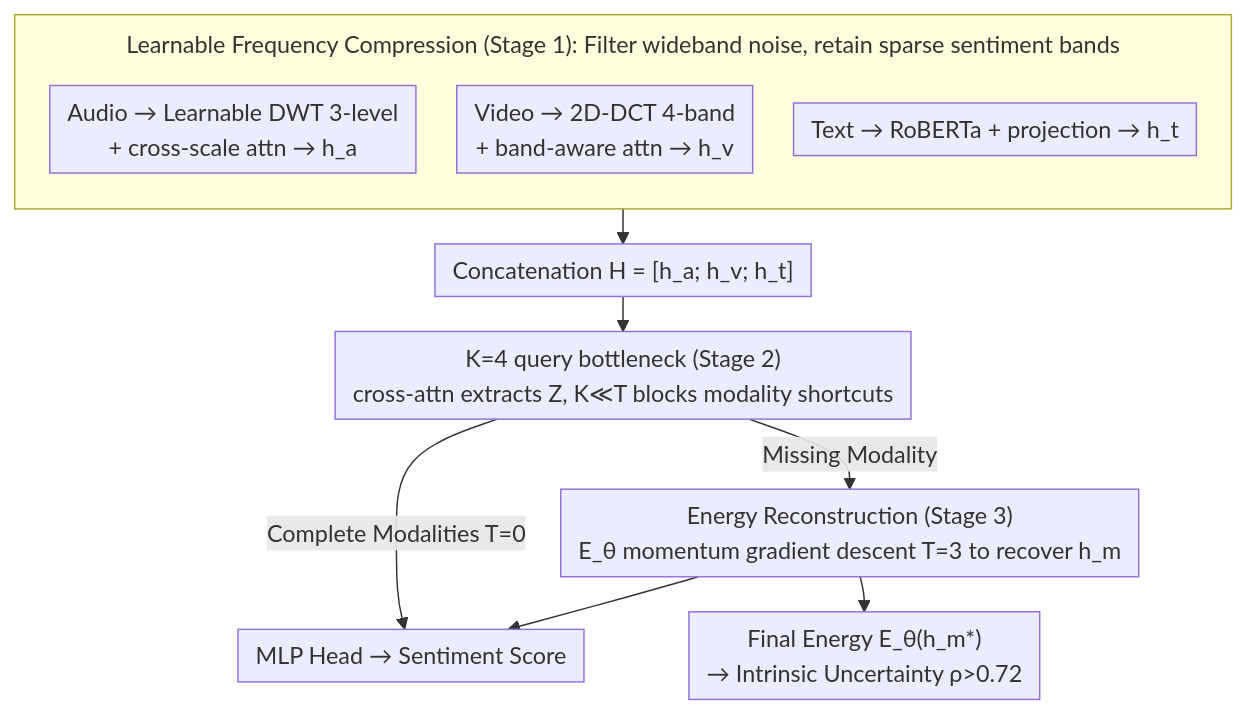
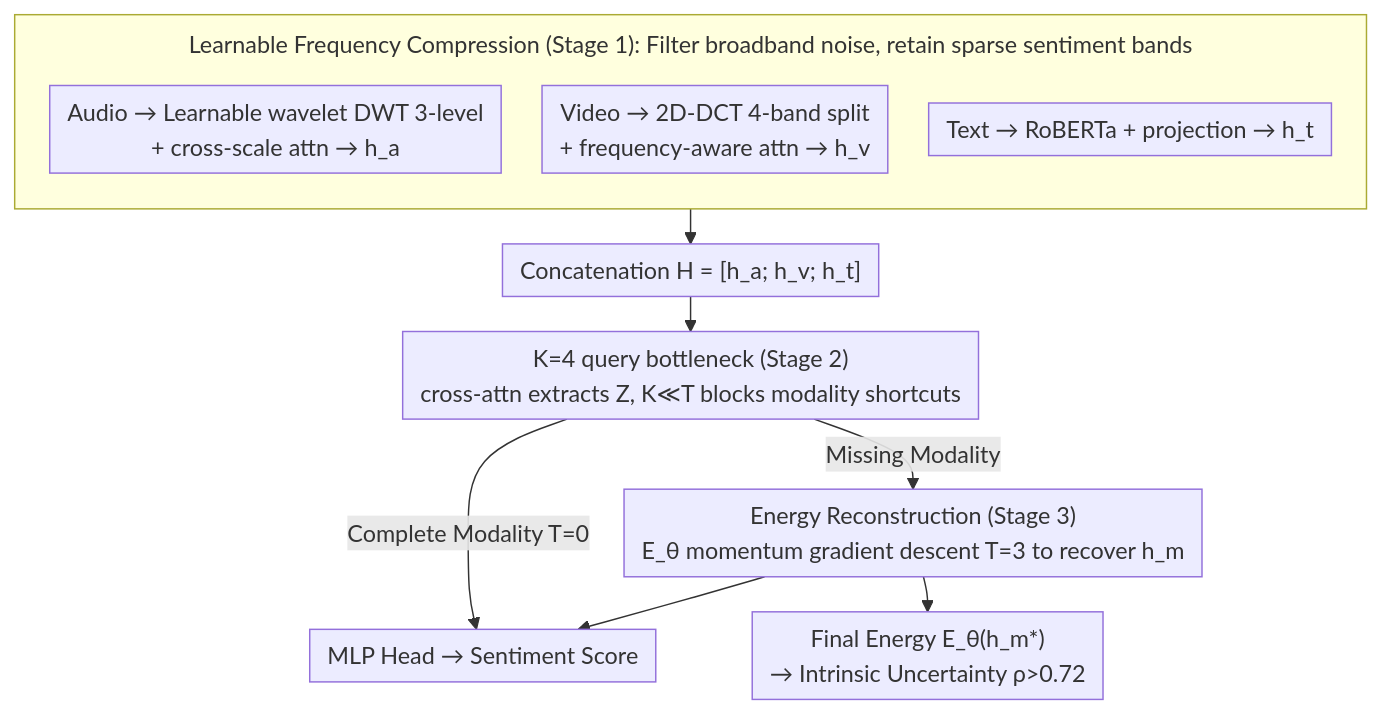
Before and after one commit to zhaoyang97/Paper-Notes-en: the diagram in docs/ICML2026/multimodal_vlm/dcer_dual-stage_compression_and_energy-based_reconstruction.md, drawn with Mermaid. The commit also changed other lines of this file and 5084 other files, not shown here.

````diff
--- a/docs/ICML2026/multimodal_vlm/dcer_dual-stage_compression_and_energy-based_reconstruction.md
+++ b/docs/ICML2026/multimodal_vlm/dcer_dual-stage_compression_and_energy-based_reconstruction.md
@@ -43,16 +43,16 @@
 ```mermaid
 %%{init: {'flowchart': {'rankSpacing': 24, 'nodeSpacing': 28, 'padding': 6, 'wrappingWidth': 400, 'subGraphTitleMargin': {'top': 8, 'bottom': 16}}}}%%
 flowchart TD
-    subgraph S1["Learnable Frequency Compression (Stage 1): Filter wideband noise, retain sparse sentiment bands"]
+    subgraph S1["Learnable Frequency Compression (Stage 1): Filter broadband noise, retain sparse sentiment bands"]
         direction TB
-        A1["Audio → Learnable DWT 3-level<br/>+ cross-scale attn → h_a"]
-        A2["Video → 2D-DCT 4-band<br/>+ band-aware attn → h_v"]
+        A1["Audio → Learnable wavelet DWT 3-level<br/>+ cross-scale attn → h_a"]
+        A2["Video → 2D-DCT 4-band split<br/>+ frequency-aware attn → h_v"]
         A3["Text → RoBERTa + projection → h_t"]
     end
     S1 --> B["Concatenation H = [h_a; h_v; h_t]"]
     B --> C["K=4 query bottleneck (Stage 2)<br/>cross-attn extracts Z, K≪T blocks modality shortcuts"]
-    C -->|Complete Modalities T=0| E["MLP Head → Sentiment Score"]
+    C -->|Complete Modality T=0| E["MLP Head → Sentiment Score"]
     C -->|Missing Modality| D["Energy Reconstruction (Stage 3)<br/>E_θ momentum gradient descent T=3 to recover h_m"]
     D --> E
     D --> F["Final Energy E_θ(h_m*)<br/>→ Intrinsic Uncertainty ρ>0.72"]
 ```
````
